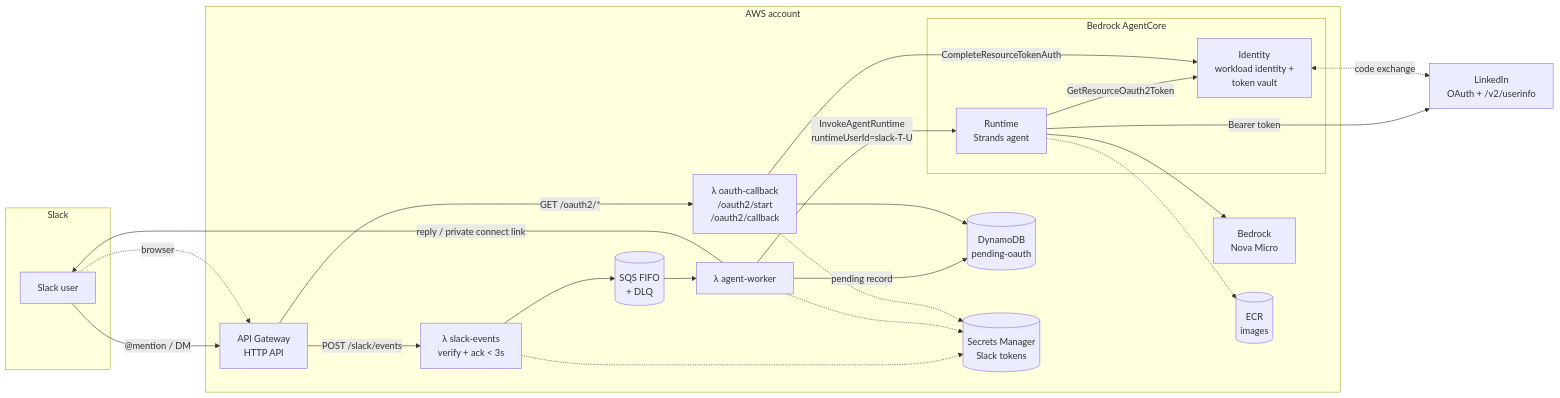
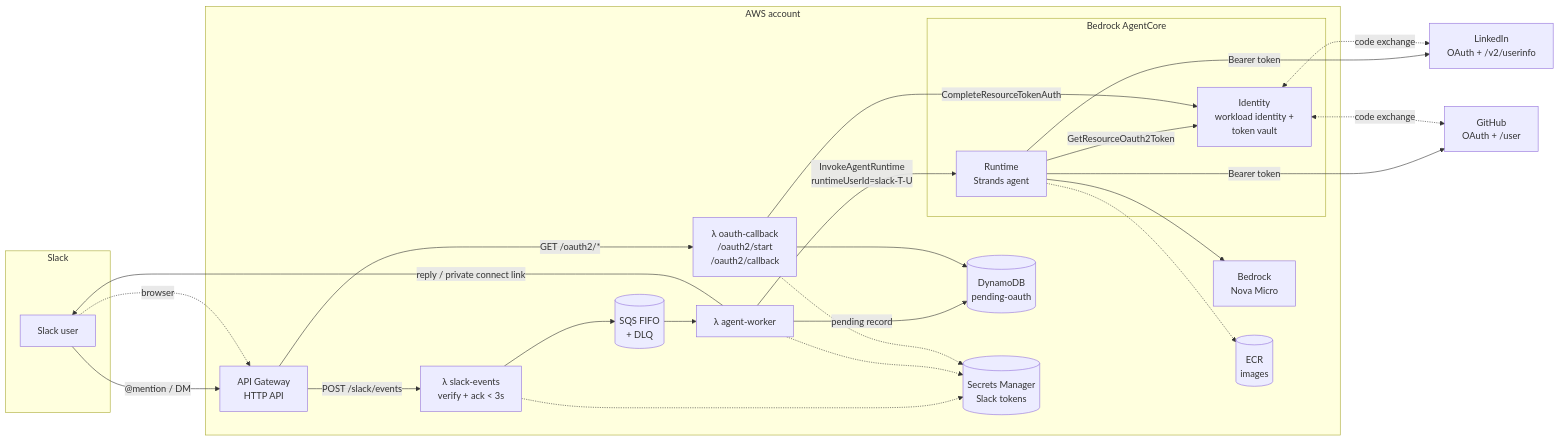
One commit to agent-runtime-labs/slack-agentcore-app changed the first of 4 diagrams in docs/architecture.md. Above: the diagram before and after it, drawn with Mermaid. The commit also changed other lines of this file and 28 other files, not shown here.

````diff
--- a/docs/architecture.md
+++ b/docs/architecture.md
@@ -9,43 +9,46 @@
 ```mermaid
 flowchart LR
     subgraph Slack
         U[Slack user]
     end
 
     subgraph AWS["AWS account"]
         APIGW["API Gateway<br/>HTTP API"]
         EV["λ slack-events<br/>verify + ack < 3s"]
         Q[("SQS FIFO<br/>+ DLQ")]
         WK["λ agent-worker"]
         CB["λ oauth-callback<br/>/oauth2/start<br/>/oauth2/callback"]
         DDB[("DynamoDB<br/>pending-oauth")]
         SM[("Secrets Manager<br/>Slack tokens")]
 
         subgraph AC["Bedrock AgentCore"]
             RT["Runtime<br/>Strands agent"]
             ID["Identity<br/>workload identity +<br/>token vault"]
         end
 
         BR["Bedrock<br/>Nova Micro"]
         ECR[("ECR<br/>images")]
     end
 
     LI["LinkedIn<br/>OAuth + /v2/userinfo"]
+    GH["GitHub<br/>OAuth + /user"]
 
     U -- "@mention / DM" --> APIGW
     APIGW -- "POST /slack/events" --> EV
     EV --> Q --> WK
     WK -- "InvokeAgentRuntime<br/>runtimeUserId=slack-T-U" --> RT
     RT --> BR
     RT -- "GetResourceOauth2Token" --> ID
     RT -- "Bearer token" --> LI
+    RT -- "Bearer token" --> GH
     WK -- "pending record" --> DDB
     WK -- "reply / private connect link" --> U
     U -. "browser" .-> APIGW
     APIGW -- "GET /oauth2/*" --> CB
     CB --> DDB
     CB -- "CompleteResourceTokenAuth" --> ID
     ID <-. "code exchange" .-> LI
+    ID <-. "code exchange" .-> GH
     EV & WK & CB -.-> SM
     RT -.-> ECR
 ```
````
